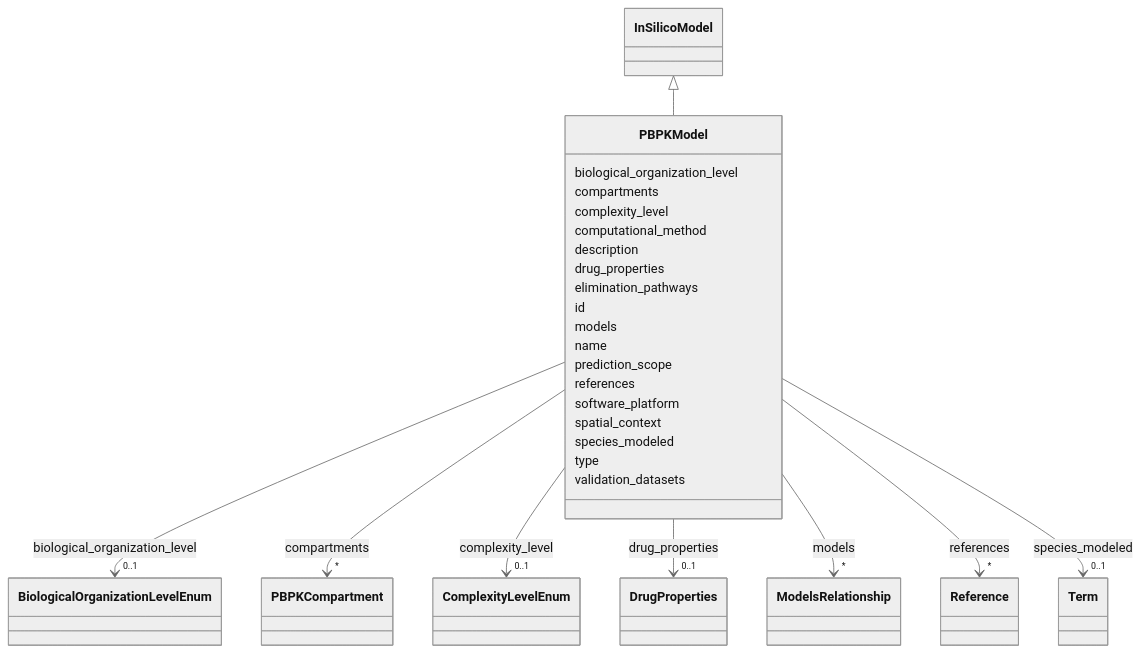
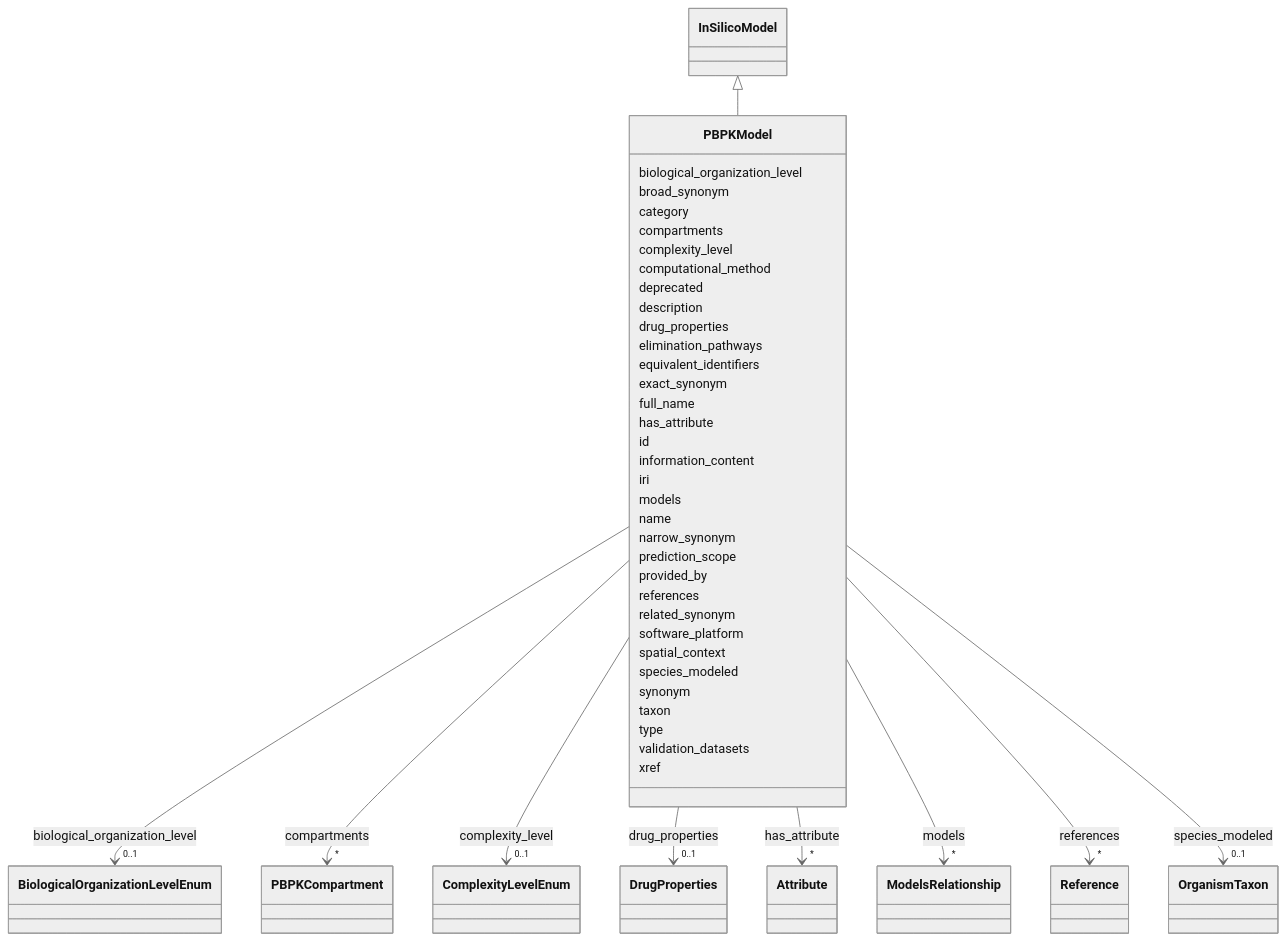
Before and after one commit to monarch-initiative/namo: the diagram in docs/elements/PBPKModel.md, drawn with Mermaid (neutral theme). The commit also changed other lines of this file and 1232 other files, not shown here.

````diff
--- a/docs/elements/PBPKModel.md
+++ b/docs/elements/PBPKModel.md
@@ -32,6 +37,10 @@
         click BiologicalOrganizationLevelEnum href "../BiologicalOrganizationLevelEnum/"
     
 
+        
+      PBPKModel : broad_synonym
+        
+      PBPKModel : category
         
       PBPKModel : compartments
         
@@ -57,6 +66,8 @@
         
       PBPKModel : computational_method
         
+      PBPKModel : deprecated
+        
       PBPKModel : description
         
       PBPKModel : drug_properties
@@ -72,7 +83,28 @@
         
       PBPKModel : elimination_pathways
         
+      PBPKModel : equivalent_identifiers
+        
+      PBPKModel : exact_synonym
+        
+      PBPKModel : full_name
+        
+      PBPKModel : has_attribute
+        
+          
+    
+        
+        
+        PBPKModel --> "*" Attribute : has_attribute
+        click Attribute href "../Attribute/"
+    
+
+        
       PBPKModel : id
+        
+      PBPKModel : information_content
+        
+      PBPKModel : iri
         
       PBPKModel : models
         
@@ -87,7 +119,11 @@
         
       PBPKModel : name
         
+      PBPKModel : narrow_synonym
+        
       PBPKModel : prediction_scope
+        
+      PBPKModel : provided_by
         
       PBPKModel : references
         
@@ -100,6 +136,8 @@
     
 
         
+      PBPKModel : related_synonym
+        
       PBPKModel : software_platform
         
       PBPKModel : spatial_context
@@ -110,14 +148,20 @@
     
         
         
-        PBPKModel --> "0..1" Term : species_modeled
-        click Term href "../Term/"
+        PBPKModel --> "0..1" OrganismTaxon : species_modeled
+        click OrganismTaxon href "../OrganismTaxon/"
     
 
+        
+      PBPKModel : synonym
+        
+      PBPKModel : taxon
         
       PBPKModel : type
         
       PBPKModel : validation_datasets
         
+      PBPKModel : xref
+        
       
 ```
````
